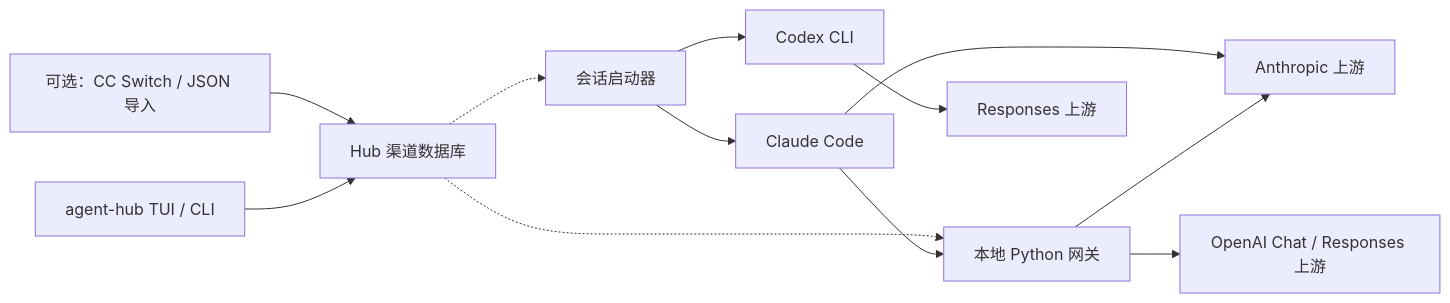
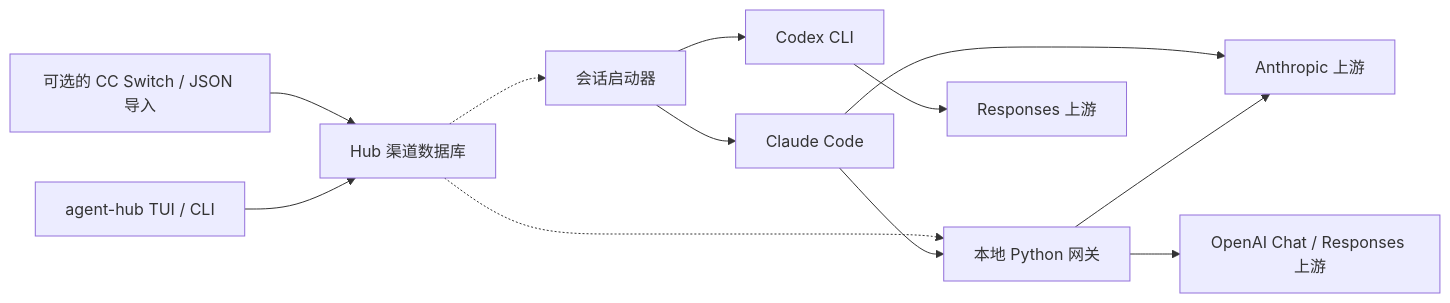
The first of 3 diagrams in README.zh-CN.md (Aley3567/Agent-Hub), drawn with Mermaid before and after one commit. The commit also changed other lines of this file and 2 other files, not shown here.

````diff
--- a/README.zh-CN.md
+++ b/README.zh-CN.md
@@ -116,14 +232,14 @@
 ```mermaid
 flowchart LR
-    Import["可选：CC Switch / JSON 导入"] --> Store["Hub 渠道数据库"]
+    Import["可选的 CC Switch / JSON 导入"] --> Store["Hub 渠道数据库"]
     Manage["agent-hub TUI / CLI"] --> Store
     Store -.-> Launch["会话启动器"]
     Store -.-> Gateway["本地 Python 网关"]
     Launch --> Claude["Claude Code"]
     Launch --> Codex["Codex CLI"]
     Claude --> Gateway
     Claude --> Native["Anthropic 上游"]
     Gateway --> Native
     Gateway --> OpenAI["OpenAI Chat / Responses 上游"]
     Codex --> Responses["Responses 上游"]
 ```
````
